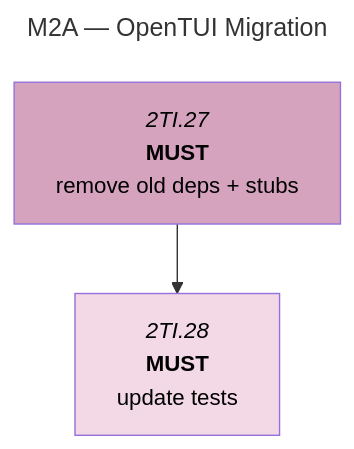
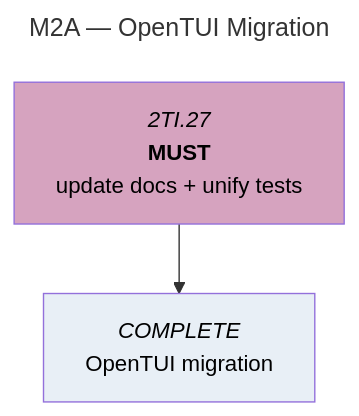
Before and after one commit to foundersandcoders/iris: the second of 6 diagrams in docs/roadmaps/phase-1-mvp-features.md, drawn with Mermaid. The commit also changed other lines of this file and 4 other files, not shown here.

````diff
--- a/docs/roadmaps/phase-1-mvp-features.md
+++ b/docs/roadmaps/phase-1-mvp-features.md
@@ -144,21 +144,21 @@
 ```mermaid
 ---
 title: M2A — OpenTUI Migration
 ---
 graph TD
 
 %% Phase 1: Foundation — COMPLETE %%
 %% Phase 2: Screen Migration — COMPLETE %%
 
 %% Phase 3: Cleanup %%
-2TI.27["`*2TI.27*<br/>**MUST**<br/>remove old deps + stubs`"]:::must-open --> 2TI.28
-2TI.28["`*2TI.28*<br/>**MUST**<br/>update tests`"]:::must-blocked
+2TI.27["`*2TI.27*<br/>**MUST**<br/>update docs + unify tests`"]:::must-open --> 2TI.END
+2TI.END["`*COMPLETE*<br/>OpenTUI migration`"]:::mile
 
 classDef must-open fill:#D6A3BF,color:#000;
 classDef must-blocked fill:#F3D8E6,color:#000;
 classDef should-open fill:#6F2A52,color:#fff;
 classDef should-blocked fill:#A45A84,color:#fff;
 classDef could-open fill:#3E7F96,color:#fff;
 classDef could-blocked fill:#5FA3BA,color:#fff;
 classDef mile fill:#E8EFF6,color:#000;
 ```
````
